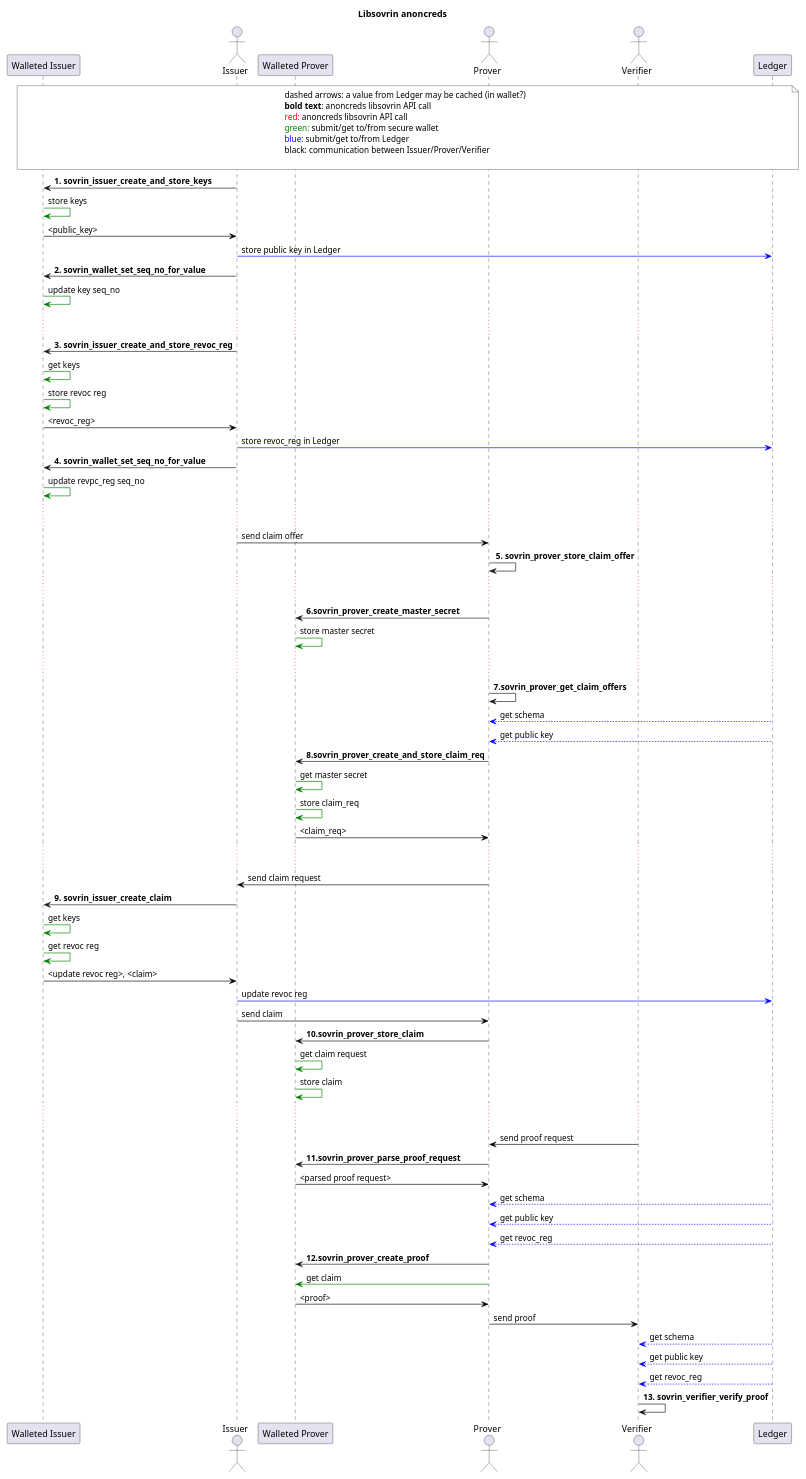
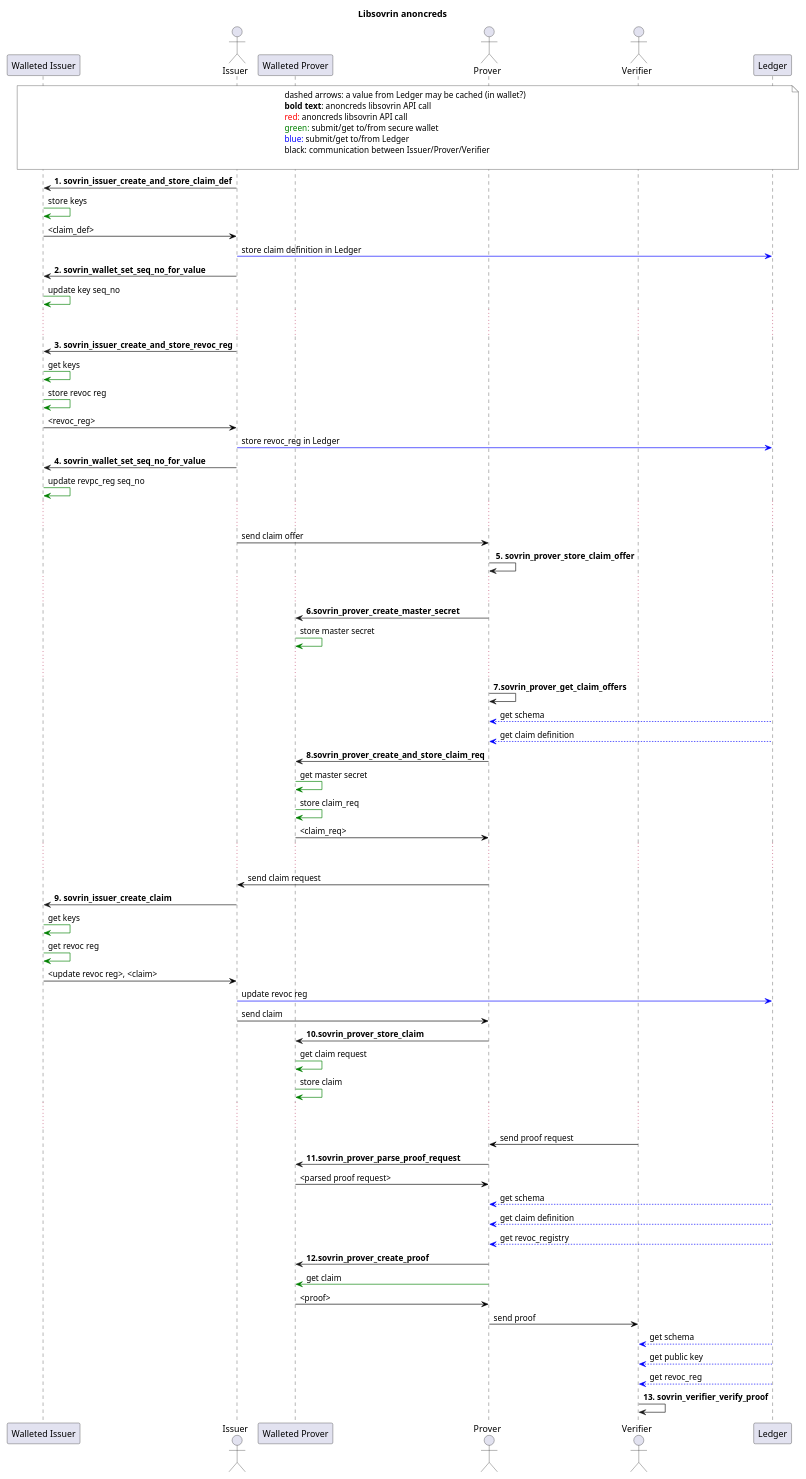
Before and after one commit to hyperledger-archives/indy-sdk: the diagram in doc/libsovrin-anoncreds.puml, drawn with PlantUML. The commit also changed 1 other file, not shown here.

Commit message:
use claim_def instead of public_key (claim_def contains a signature type, public keys, and a reference to a schema)

```diff
--- a/doc/libsovrin-anoncreds.puml
+++ b/doc/libsovrin-anoncreds.puml
@@ -1,105 +1,105 @@
 @startuml
 title Libsovrin anoncreds
 scale 0.9
 participant "Walleted Issuer" as IW
 actor Issuer as I
 
 participant "Walleted Prover" as PW
 actor Prover as P
 
 actor Verifier as V
 
 participant "Ledger" as L
 
 
 note over IW, L #white
     dashed arrows: a value from Ledger may be cached (in wallet?)
     <b>bold text</b>: anoncreds libsovrin API call
     <font color=red>red:</font> anoncreds libsovrin API call
     <font color=green>green:</font> submit/get to/from secure wallet
     <font color=blue>blue:</font> submit/get to/from Ledger
     black: communication between Issuer/Prover/Verifier
 
 endnote
 
 
 
-I -> IW: <b>1. sovrin_issuer_create_and_store_keys
+I -> IW: <b>1. sovrin_issuer_create_and_store_claim_def
 IW -[#green]> IW: store keys
-IW -[#black]> I: <public_key>
+IW -[#black]> I: <claim_def>
 
-I-[#blue]>L: store public key in Ledger
+I-[#blue]>L: store claim definition in Ledger
 
 I -> IW: <b>2. sovrin_wallet_set_seq_no_for_value
 IW -[#green]> IW: update key seq_no
 ... ...
 
 I -> IW: <b>3. sovrin_issuer_create_and_store_revoc_reg
 IW -[#green]> IW: get keys
 IW -[#green]> IW: store revoc reg
 IW -[#black]> I: <revoc_reg>
 
 I-[#blue]>L: store revoc_reg in Ledger
 
 I -> IW: <b>4. sovrin_wallet_set_seq_no_for_value
 IW -[#green]> IW: update revpc_reg seq_no
 
 ... ...
 
 I -[#black]> P: send claim offer
 
 P -> P: <b> 5. sovrin_prover_store_claim_offer
 
 ... ...
 
 P -> PW: <b>6.sovrin_prover_create_master_secret
 PW -[#green]> PW: store master secret
 
 ... ...
 
 P -> P: <b>7.sovrin_prover_get_claim_offers
 L -[#blue]-> P: get schema
-L -[#blue]-> P: get public key
+L -[#blue]-> P: get claim definition
 
 P -> PW: <b>8.sovrin_prover_create_and_store_claim_req
 PW -[#green]> PW: get master secret
 PW -[#green]> PW: store claim_req
 PW -[#black]> P: <claim_req>
 
 ... ...
 
 P -[#black]> I: send claim request
 
 I -> IW: <b>9. sovrin_issuer_create_claim
 IW -[#green]> IW: get keys
 IW -[#green]> IW: get revoc reg
 IW -[#black]> I: <update revoc reg>, <claim>
 
 I -[#blue]> L: update revoc reg
 I -[#black]> P: send claim
 
 P -> PW: <b>10.sovrin_prover_store_claim
 PW -[#green]> PW: get claim request
 PW -[#green]> PW: store claim
 
 ... ...
 
 V -[#black]> P: send proof request
 
 P -> PW: <b>11.sovrin_prover_parse_proof_request
 PW -[#black]> P: <parsed proof request>
 L -[#blue]-> P: get schema
-L -[#blue]-> P: get public key
-L -[#blue]-> P: get revoc_reg
+L -[#blue]-> P: get claim definition
+L -[#blue]-> P: get revoc_registry
 P -> PW: <b>12.sovrin_prover_create_proof
 P -[#green]> PW: get claim
 PW -[#black]> P: <proof>
 
 P -[#black]> V: send proof
 
 L -[#blue]-> V: get schema
 L -[#blue]-> V: get public key
 L -[#blue]-> V: get revoc_reg
 V -> V: <b>13. sovrin_verifier_verify_proof
 
 @enduml
```
